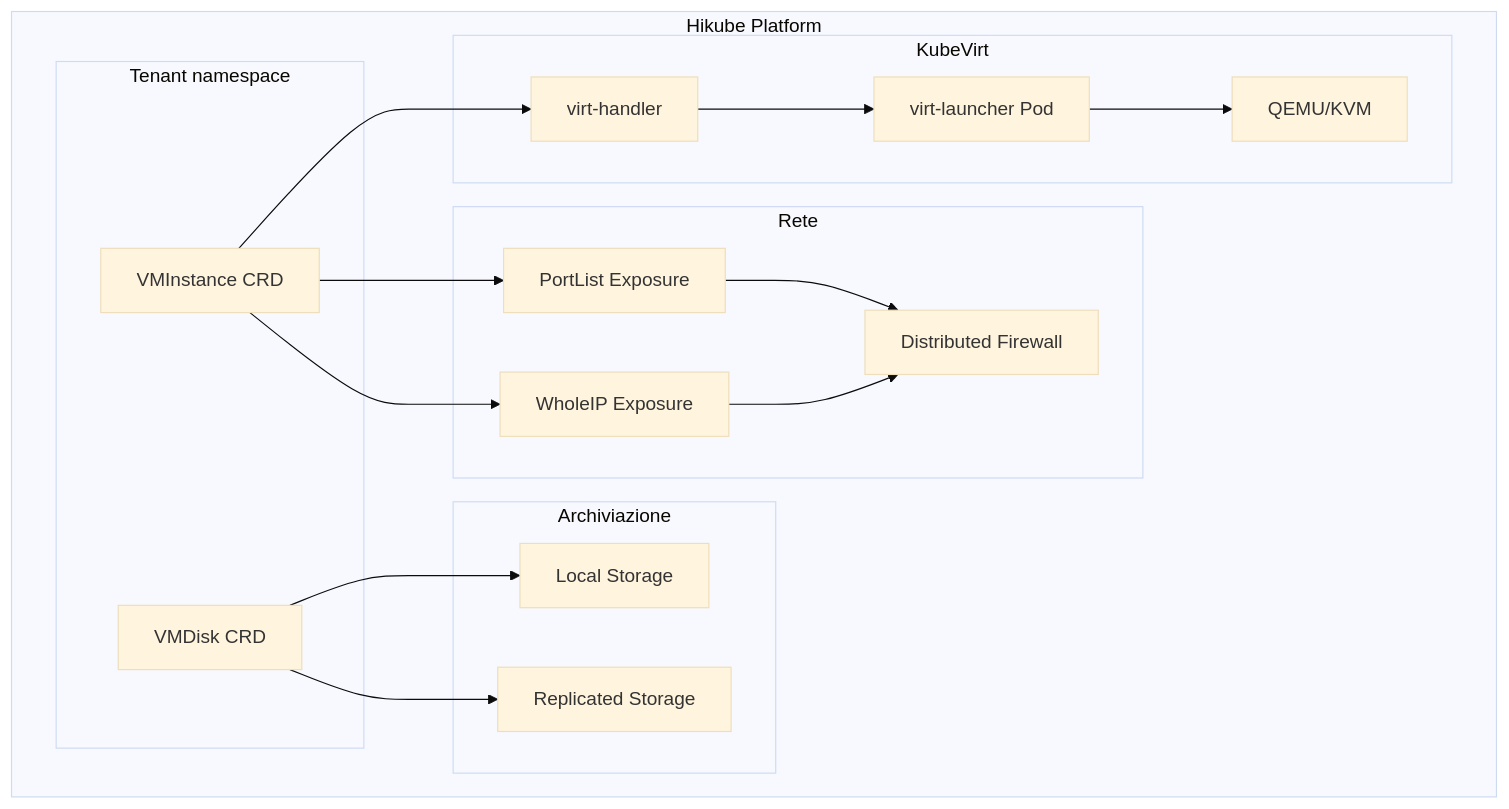
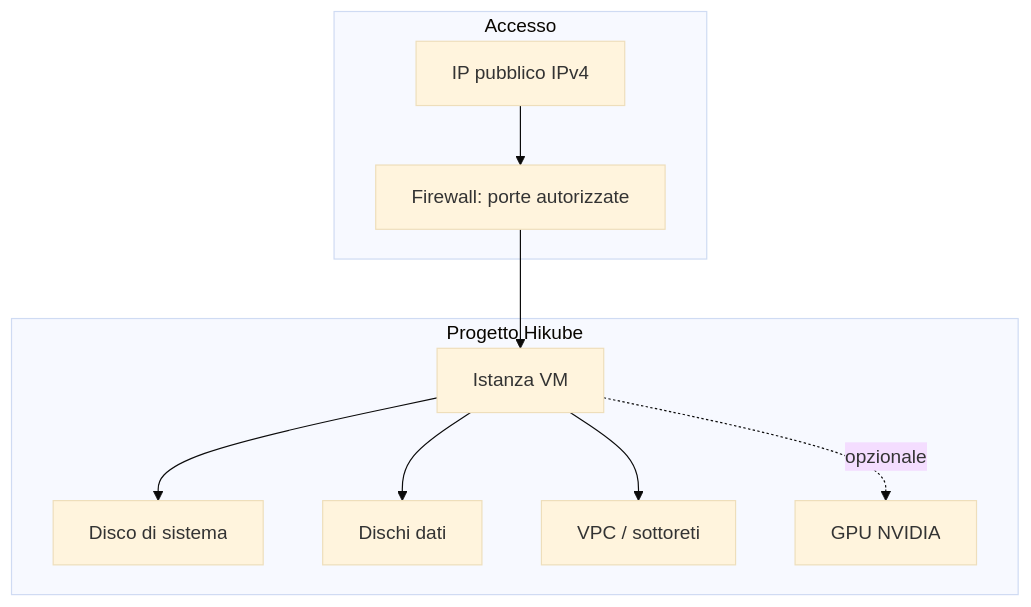
One commit to HidoraSwiss/hikube-public-doc changed the first of 2 diagrams in i18n/it/docusaurus-plugin-content-docs/current/services/compute/concepts.md. Above: the diagram before and after it, drawn with Mermaid (base theme). The commit also changed other lines of this file and 148 other files, not shown here.

````diff
--- a/i18n/it/docusaurus-plugin-content-docs/current/services/compute/concepts.md
+++ b/i18n/it/docusaurus-plugin-content-docs/current/services/compute/concepts.md
@@ -12,36 +12,21 @@
 ```mermaid
 graph TB
-    subgraph "Hikube Platform"
-        subgraph "Tenant namespace"
-            VMI[VMInstance CRD]
-            VMD[VMDisk CRD]
-        end
-
-        subgraph "KubeVirt"
-            VP[virt-handler]
-            VL[virt-launcher Pod]
-            QEMU[QEMU/KVM]
-        end
-
-        subgraph "Archiviazione"
-            LS[Local Storage]
-            RS[Replicated Storage]
-        end
-
-        subgraph "Rete"
-            PL[PortList Exposure]
-            WI[WholeIP Exposure]
-            FW[Distributed Firewall]
-        end
+    subgraph "Progetto Hikube"
+        VM[Istanza VM]
+        SYS[Disco di sistema]
+        DATA[Dischi dati]
+        VPC[VPC / sottoreti]
+        GPU[GPU NVIDIA]
     end
 
-    VMI --> VP
-    VMD --> LS
-    VMD --> RS
-    VP --> VL
-    VL --> QEMU
-    VMI --> PL
-    VMI --> WI
-    PL --> FW
-    WI --> FW
+    subgraph "Accesso"
+        PUB[IP pubblico IPv4]
+        FW[Firewall: porte autorizzate]
+    end
+
+    VM --> SYS
+    VM --> DATA
+    VM --> VPC
+    VM -.opzionale.-> GPU
+    PUB --> FW --> VM
 ```
````
